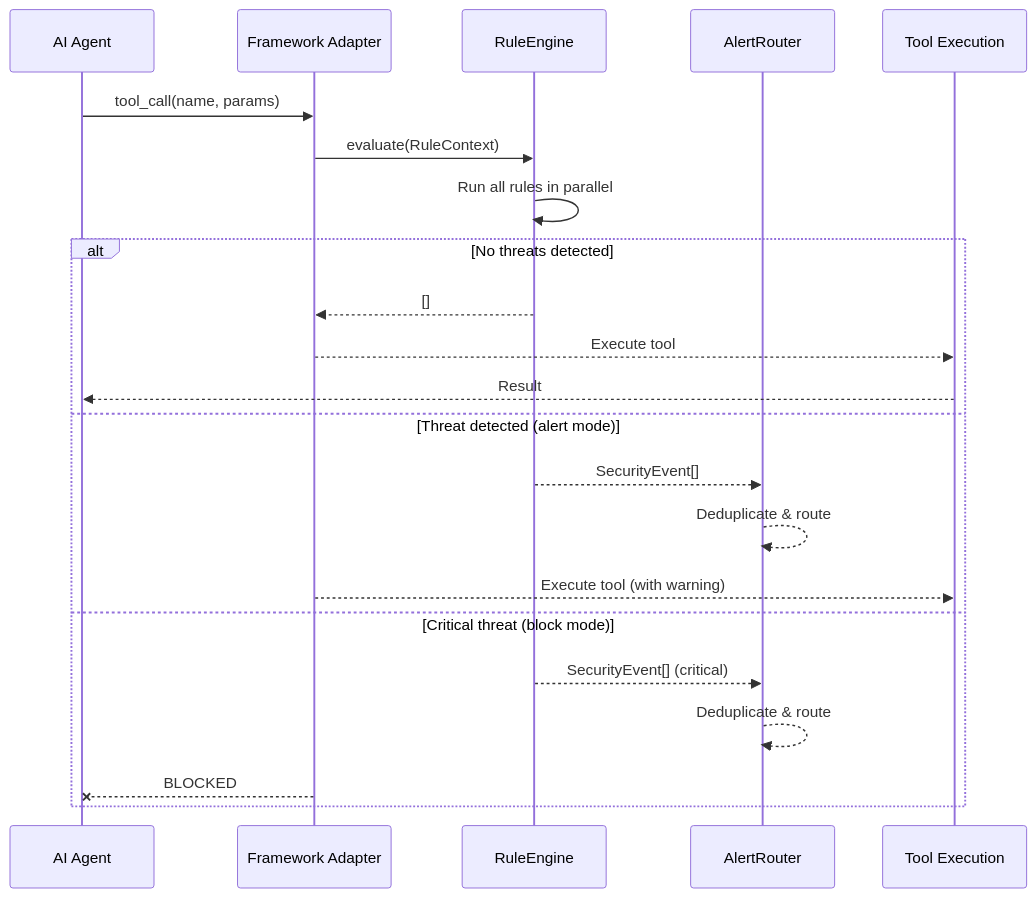
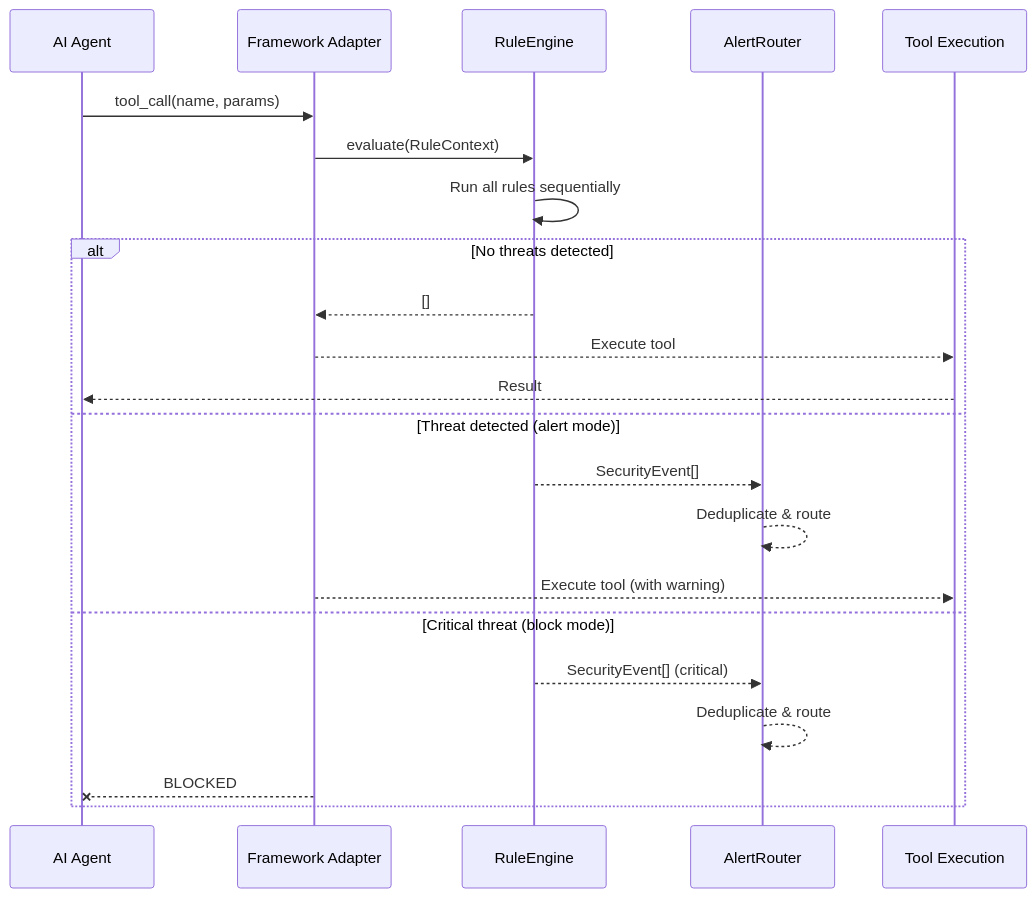
Before and after one commit to yeasy/carapace: the third of 4 diagrams in README.md, drawn with Mermaid. The commit also changed other lines of this file and 1 other file, not shown here.

````diff
--- a/README.md
+++ b/README.md
@@ -306,25 +306,25 @@
 ```mermaid
 sequenceDiagram
     participant Agent as AI Agent
     participant Adapter as Framework Adapter
     participant Engine as RuleEngine
     participant Alert as AlertRouter
     participant Tool as Tool Execution
 
     Agent->>Adapter: tool_call(name, params)
     Adapter->>Engine: evaluate(RuleContext)
-    Engine->>Engine: Run all rules in parallel
+    Engine->>Engine: Run all rules sequentially
     alt No threats detected
         Engine-->>Adapter: []
         Adapter-->>Tool: Execute tool
         Tool-->>Agent: Result
     else Threat detected (alert mode)
         Engine-->>Alert: SecurityEvent[]
         Alert-->>Alert: Deduplicate & route
         Adapter-->>Tool: Execute tool (with warning)
     else Critical threat (block mode)
         Engine-->>Alert: SecurityEvent[] (critical)
         Alert-->>Alert: Deduplicate & route
         Adapter--xAgent: BLOCKED
     end
 ```
````
